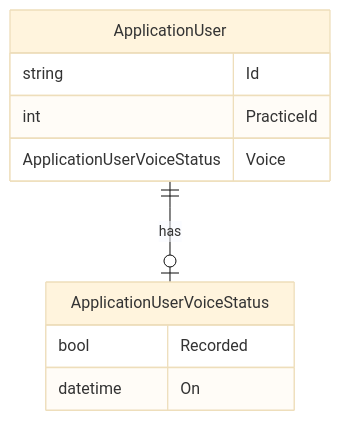
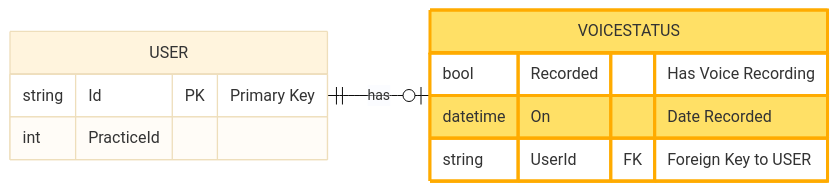
One commit to Harshita-capsitech/EmailDocs changed the third of 3 diagrams in CallTranscription/voice_sample.md. Above: the diagram before and after it, drawn with Mermaid (base theme).

Commit message:
minor changes

````diff
--- a/CallTranscription/voice_sample.md
+++ b/CallTranscription/voice_sample.md
@@ -129,15 +129,23 @@
 ```mermaid
 erDiagram
-    ApplicationUser ||--o| ApplicationUserVoiceStatus : has
+    direction LR
 
-    ApplicationUser {
-        string Id
+    USER ||--o| VOICESTATUS : has
+
+    USER {
+        string Id PK "Primary Key"
         int PracticeId
-        ApplicationUserVoiceStatus Voice
     }
 
-    ApplicationUserVoiceStatus {
-        bool Recorded
-        datetime On
+    VOICESTATUS {
+        bool Recorded "Has Voice Recording"
+        datetime On "Date Recorded"
+        string UserId FK "Foreign Key to USER"
     }
+
+    %% Highlight VOICESTATUS to simulate 'active' state/focus
+    classDef active fill:#ffe066,stroke:#ffab00,stroke-width:3px
+    class VOICESTATUS active
+
+    %% Optionally, style keys for greater clarity
 ```
````
